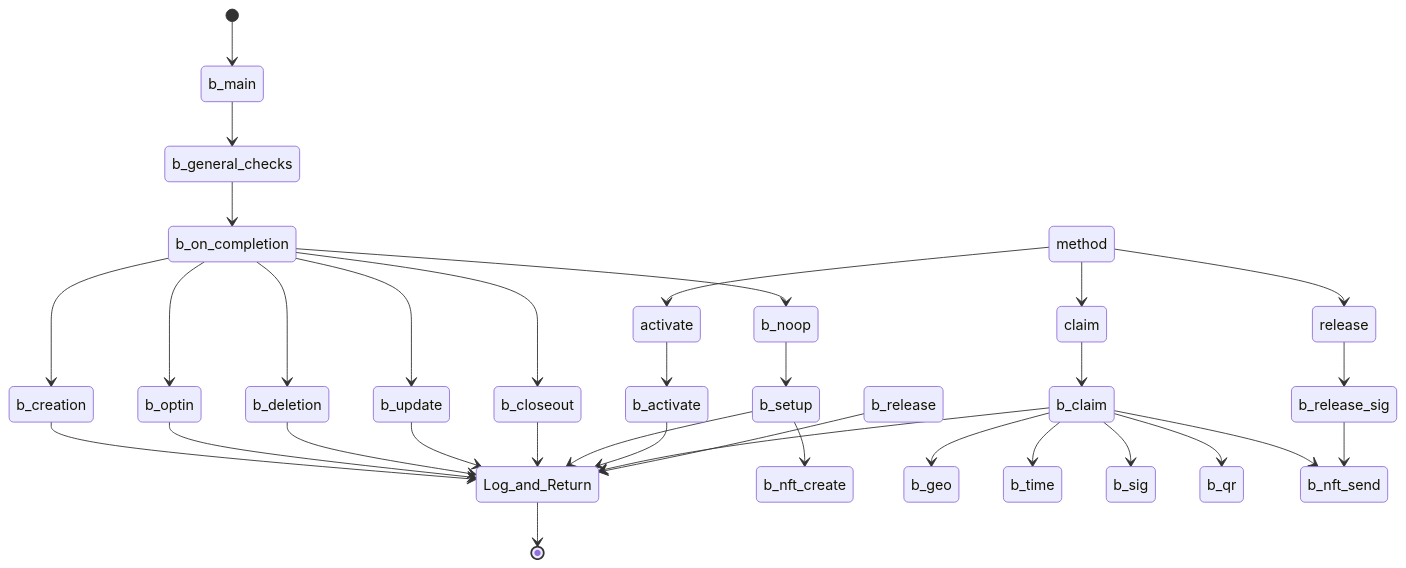
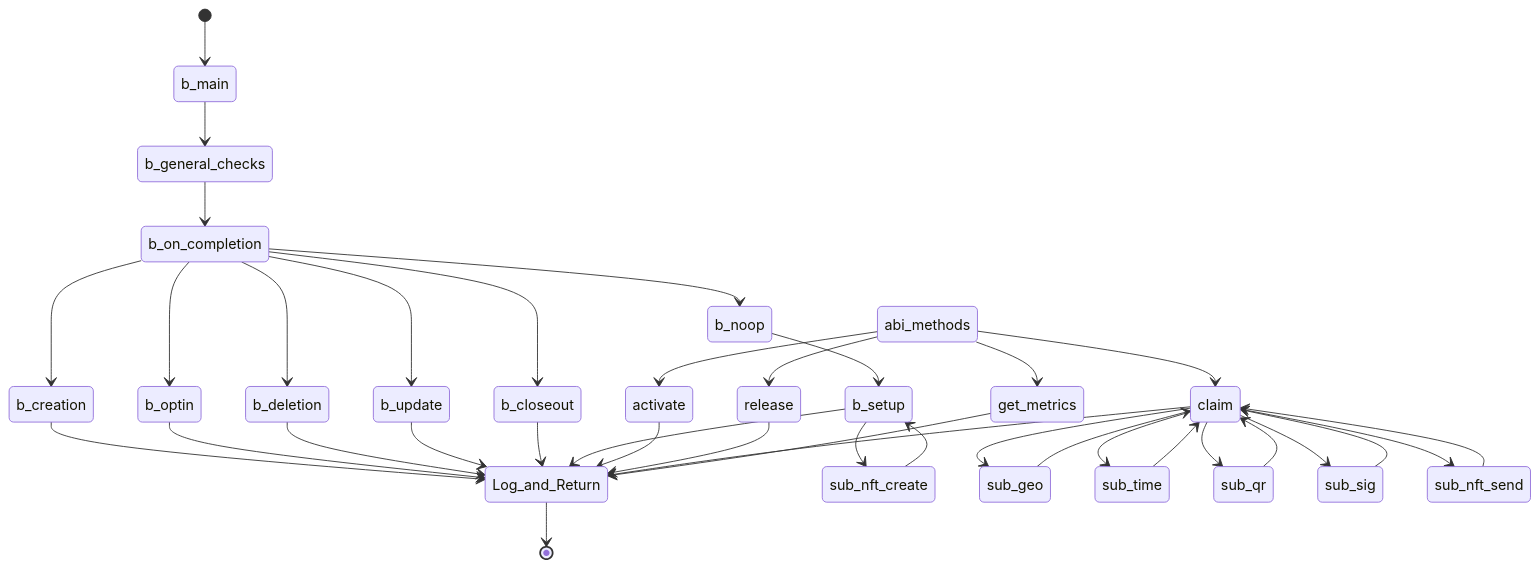
One commit to Sun-C0ffee/algopoap-smartcontracts changed the sixth of 7 diagrams in README.md. Above: the diagram before and after it, drawn with Mermaid. The commit also changed other lines of this file and 2 other files, not shown here.

Commit message:
Add ABI schemas

````diff
--- a/README.md
+++ b/README.md
@@ -148,49 +180,54 @@
 ```mermaid
   stateDiagram-v2
     [*] --> b_main
     b_main --> b_general_checks
     b_general_checks --> b_on_completion
     
     b_on_completion --> b_creation
     b_creation --> Log_and_Return
     b_on_completion --> b_optin
     b_optin --> Log_and_Return
     b_on_completion --> b_deletion
     b_deletion --> Log_and_Return
     b_on_completion --> b_update
     b_update --> Log_and_Return
     b_on_completion --> b_closeout
     b_closeout --> Log_and_Return
 
     b_on_completion --> b_noop
     b_noop --> b_setup
-    b_setup --> b_nft_create
+    b_setup --> sub_nft_create
+    sub_nft_create --> b_setup
     b_setup --> Log_and_Return
    
 
 
-    method --> activate
-    activate --> b_activate
-    b_activate --> Log_and_Return
+    abi_methods --> activate
+    activate --> Log_and_Return
+
+    abi_methods --> release
+    release --> Log_and_Return
+
+    abi_methods --> claim
+    claim --> sub_geo
+    sub_geo --> claim
+    claim --> sub_time
+    sub_time --> claim
+    claim --> sub_qr
+    sub_qr --> claim
+    claim --> sub_sig
+    sub_sig --> claim
+    claim --> sub_nft_send
+    sub_nft_send --> claim
+    claim --> Log_and_Return
 
 
-    method --> claim
-    claim --> b_claim
-
-    b_claim --> b_geo
-    b_claim --> b_time
-    b_claim --> b_sig
-    b_claim --> b_qr
-    b_claim --> b_nft_send
-    b_claim --> Log_and_Return
-
-
-    method --> release
-    release --> b_release_sig
-    b_release_sig --> b_nft_send
-    b_release --> Log_and_Return
+    
+  
+    abi_methods --> get_metrics
+    get_metrics --> Log_and_Return
   
     
     Log_and_Return --> [*]
     
 ```
````
